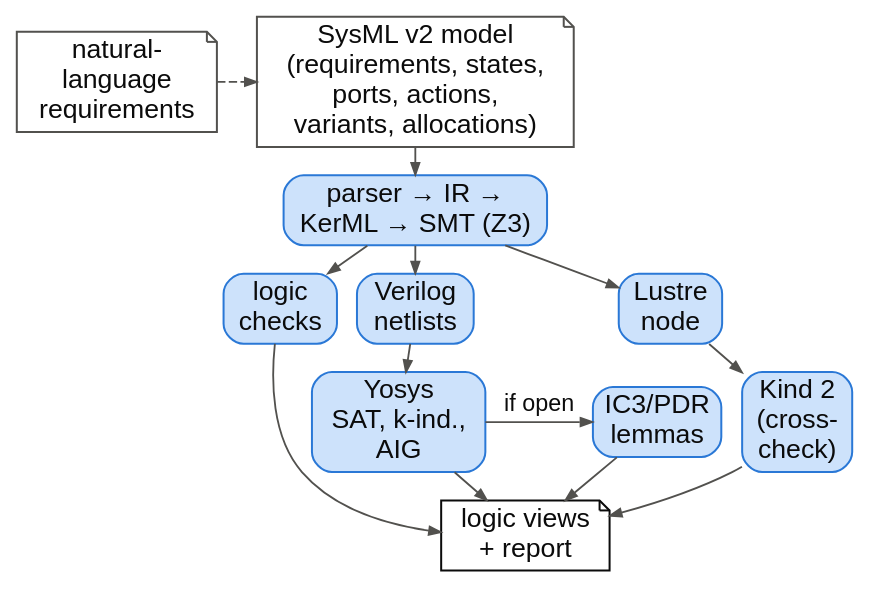
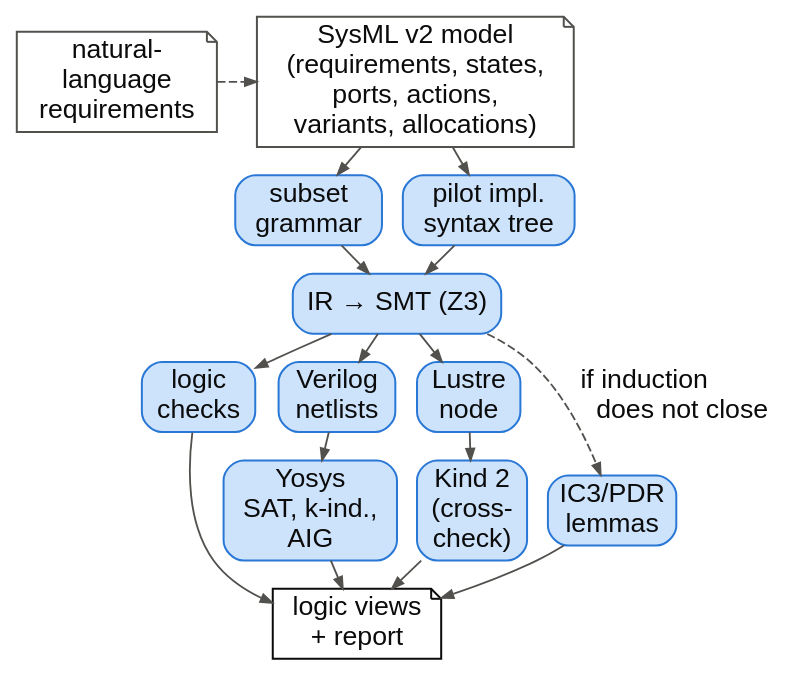
One commit to pedrokuk23/sysml_v2_circuitLogic changed the diagram in figures/fig_arch.dot. Above: the diagram before and after it, drawn with Graphviz. The commit also changed 160 other files, not shown here.

```diff
--- a/figures/fig_arch.dot
+++ b/figures/fig_arch.dot
@@ -1,18 +1,20 @@
 digraph G { rankdir=TB; nodesep=0.16; ranksep=0.2; pad=0.04;
 node [fontname="Helvetica", fontsize=16, fontcolor="#0b0b0b", shape=box, style="rounded,filled", fillcolor="#cde2fb", color="#2a78d6", penwidth=1.2, margin="0.08,0.04"];
-edge [color="#52514e", arrowsize=0.7, penwidth=1.1, fontname="Helvetica", fontsize=14, fontcolor="#0b0b0b"];
+edge [color="#52514e", arrowsize=0.7, penwidth=1.1, fontname="Helvetica", fontsize=16, fontcolor="#0b0b0b"];
 nl [label="natural-\nlanguage\nrequirements", shape=note, fillcolor="#ffffff", color="#52514e"];
 sys [label="SysML v2 model\n(requirements, states,\nports, actions,\nvariants, allocations)", shape=note, fillcolor="#ffffff", color="#52514e"];
-s [label="parser → IR →\nKerML → SMT (Z3)"];
+g [label="subset\ngrammar"];
+pf [label="pilot impl.\nsyntax tree"];
+s [label="IR → SMT (Z3)"];
 a [label="logic\nchecks"];
 v [label="Verilog\nnetlists"];
 l [label="Lustre\nnode"];
 y [label="Yosys\nSAT, k-ind.,\nAIG"];
 i [label="IC3/PDR\nlemmas"];
 k [label="Kind 2\n(cross-\ncheck)"];
 o [label="logic views\n+ report", shape=note, fillcolor="#ffffff", color="#0b0b0b"];
 nl -> sys [style=dashed]; {rank=same; nl; sys;}
-sys -> s; s -> a; s -> v; s -> l; v -> y; y -> i [label=" if open"]; l -> k;
+sys -> g; sys -> pf; g -> s; pf -> s; {rank=same; g; pf;} s -> a; s -> v; s -> l; v -> y; s -> i [label=" if induction\l does not close", style=dashed]; l -> k;
 a -> o; y -> o; i -> o; k -> o;
 {rank=same; a; v; l;} {rank=same; y; i; k;}
 }
```
